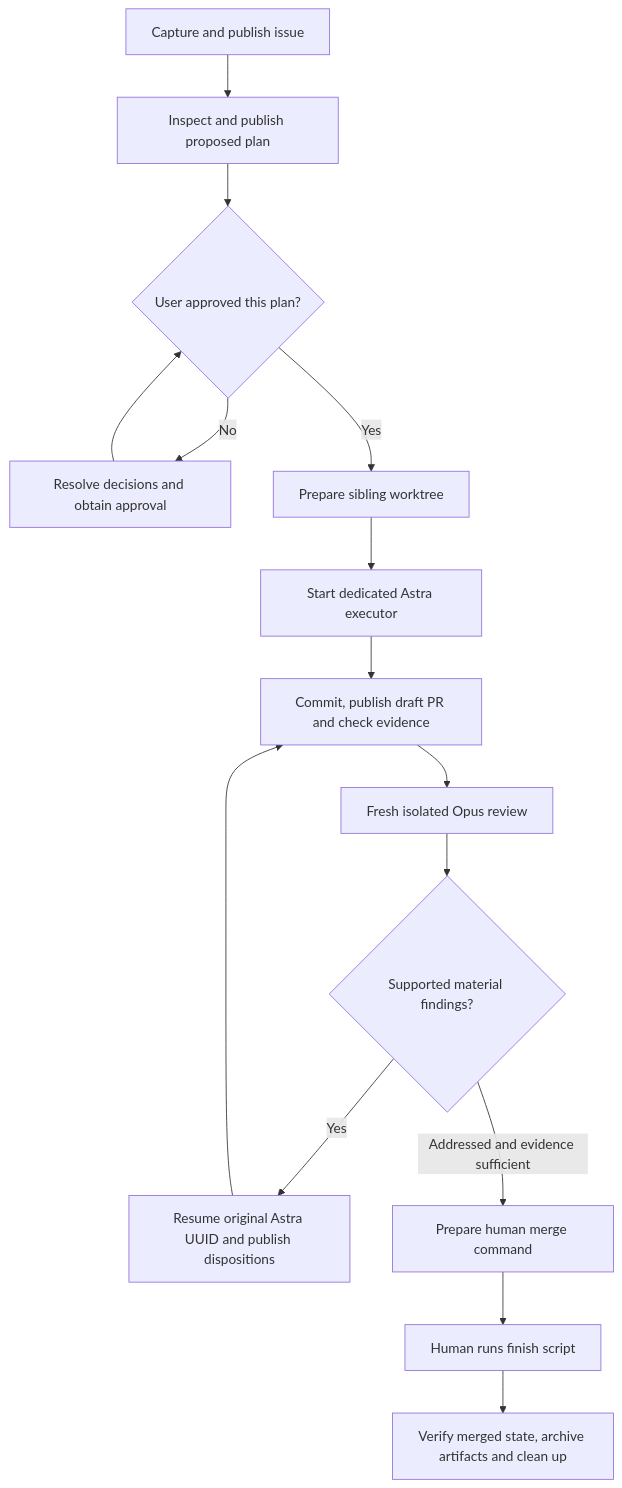
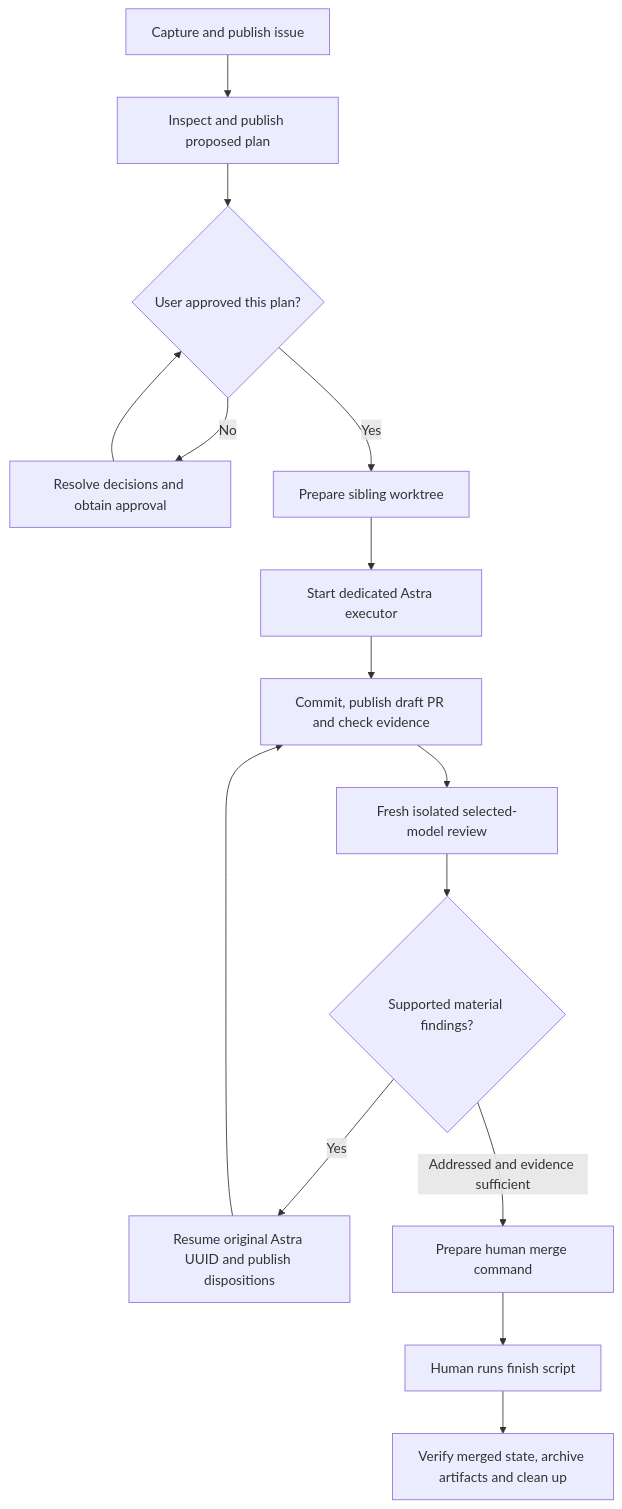
One commit to Zi-Deng/FLOW-DC changed the diagram in docs/agent-workflow/SKILLS.md. Above: the diagram before and after it, drawn with Mermaid. The commit also changed other lines of this file and 89 other files, not shown here.

First line of the commit message:
Add isolated Claude Code review with explicit provider selection (#34)

````diff
--- a/docs/agent-workflow/SKILLS.md
+++ b/docs/agent-workflow/SKILLS.md
@@ -36,17 +36,17 @@
 ```mermaid
 flowchart TD
   C[Capture and publish issue] --> P[Inspect and publish proposed plan]
   P --> A{User approved this plan?}
   A -->|No| Q[Resolve decisions and obtain approval]
   Q --> A
   A -->|Yes| W[Prepare sibling worktree]
   W --> I[Start dedicated Astra executor]
   I --> D[Commit, publish draft PR and check evidence]
-  D --> R[Fresh isolated Opus review]
+  D --> R[Fresh isolated selected-model review]
   R --> F{Supported material findings?}
   F -->|Yes| X[Resume original Astra UUID and publish dispositions]
   X --> D
   F -->|Addressed and evidence sufficient| H[Prepare human merge command]
   H --> M[Human runs finish script]
   M --> V[Verify merged state, archive artifacts and clean up]
 ```
````
